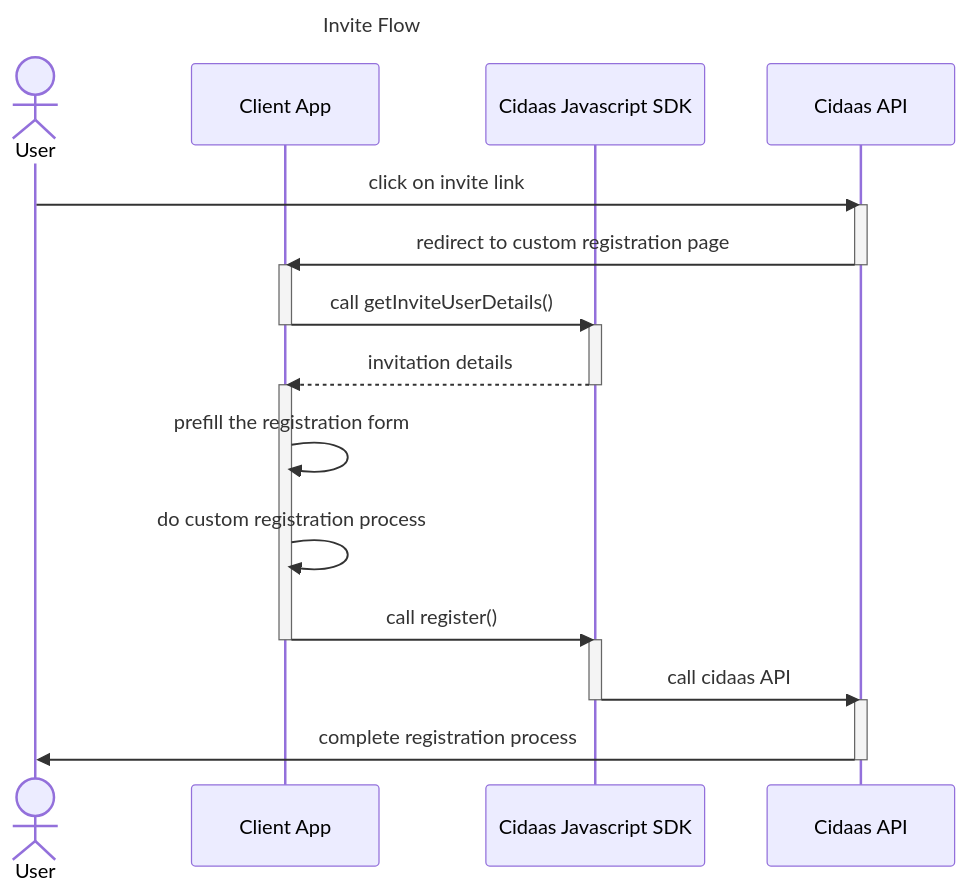
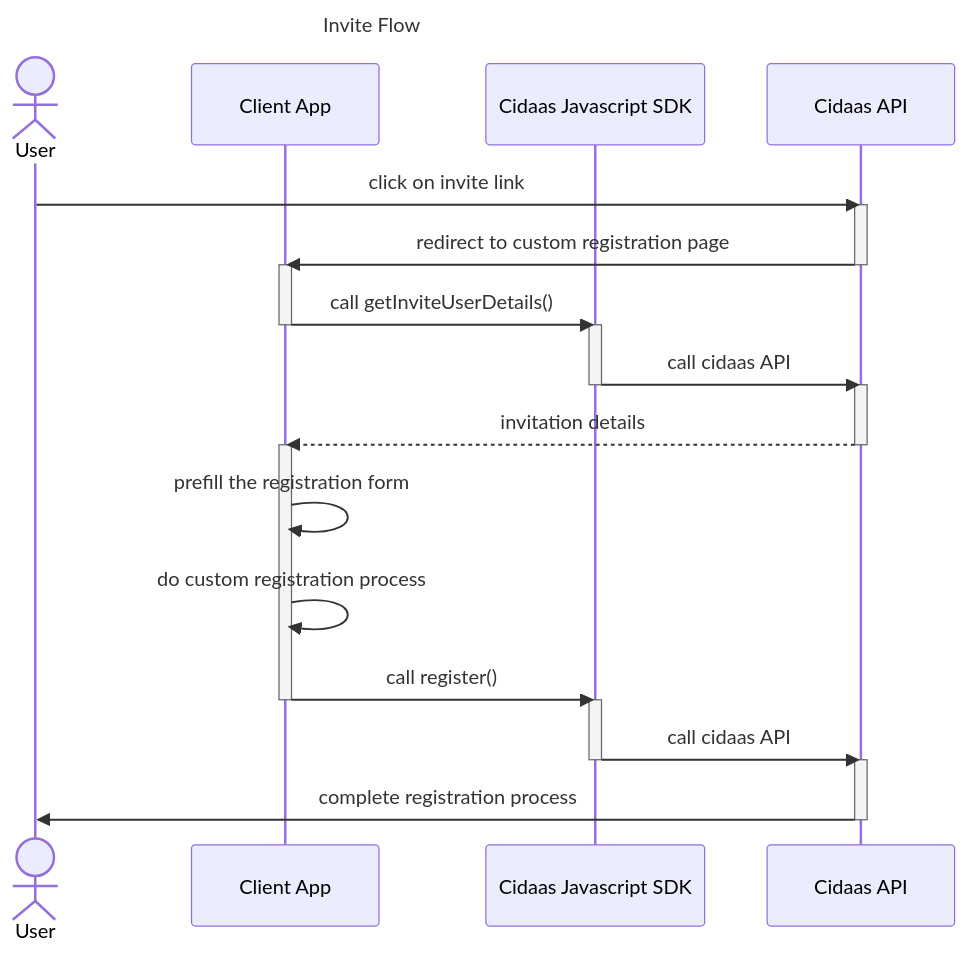
One commit to cidaas/cidaas-javascript-sdk changed the fourth of 5 diagrams in overview/user-management.md. Above: the diagram before and after it, drawn with Mermaid.

````diff
--- a/overview/user-management.md
+++ b/overview/user-management.md
@@ -109,38 +109,42 @@
 ```mermaid
 ---
 title: Invite Flow
 ---
 sequenceDiagram
   Actor User
   participant ClientApp as Client App
   participant CidaasSDK as Cidaas Javascript SDK
   participant CidaasAPI as Cidaas API
 
 User ->> CidaasAPI: click on invite link
 
 activate CidaasAPI
 CidaasAPI ->> ClientApp: redirect to custom registration page
 deactivate CidaasAPI
 
 activate ClientApp
 ClientApp ->> CidaasSDK: call getInviteUserDetails()
 deactivate ClientApp
 
 activate CidaasSDK
-CidaasSDK -->> ClientApp: invitation details
+CidaasSDK ->> CidaasAPI: call cidaas API
 deactivate CidaasSDK
+
+activate CidaasAPI
+CidaasAPI -->> ClientApp: invitation details
+deactivate CidaasAPI
 
 activate ClientApp
 ClientApp ->> ClientApp: prefill the registration form
 ClientApp ->> ClientApp: do custom registration process
 ClientApp ->> CidaasSDK: call register()
 deactivate ClientApp
 
 activate CidaasSDK
 CidaasSDK ->> CidaasAPI: call cidaas API
 deactivate CidaasSDK
 
 activate CidaasAPI
 CidaasAPI ->> User: complete registration process
 deactivate CidaasAPI
 ```
````
